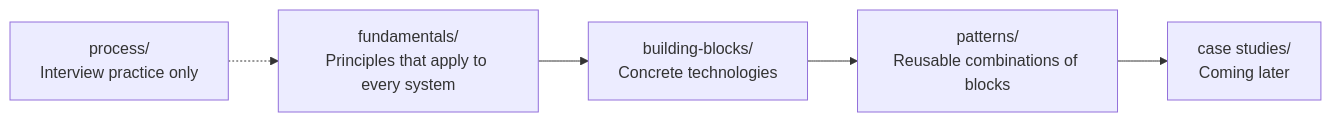
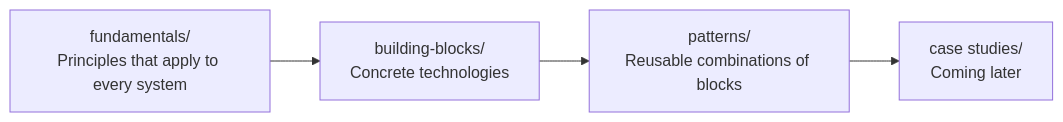
Before and after one commit to Valentina17varela/software-craftsmanship: the first of 2 diagrams in notes/system-design/README.md, drawn with Mermaid. The commit also changed other lines of this file and 4 other files, not shown here.

````diff
--- a/notes/system-design/README.md
+++ b/notes/system-design/README.md
@@ -7,8 +7,7 @@
 ```mermaid
 flowchart LR
     F["fundamentals/<br/>Principles that apply to every system"] --> B
     B["building-blocks/<br/>Concrete technologies"] --> PT
     PT["patterns/<br/>Reusable combinations of blocks"] --> C
     C["case studies/<br/>Coming later"]
-    P["process/<br/>Interview practice only"] -.-> F
 ```
````
